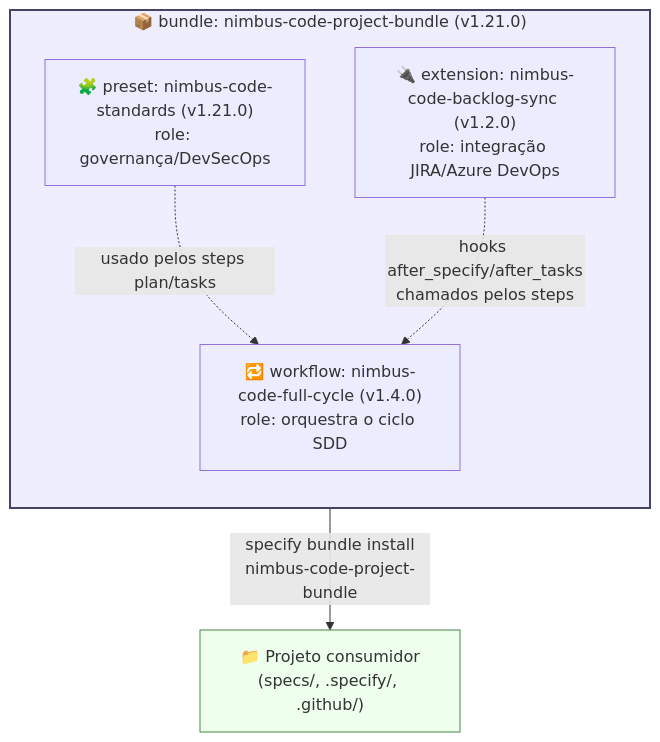
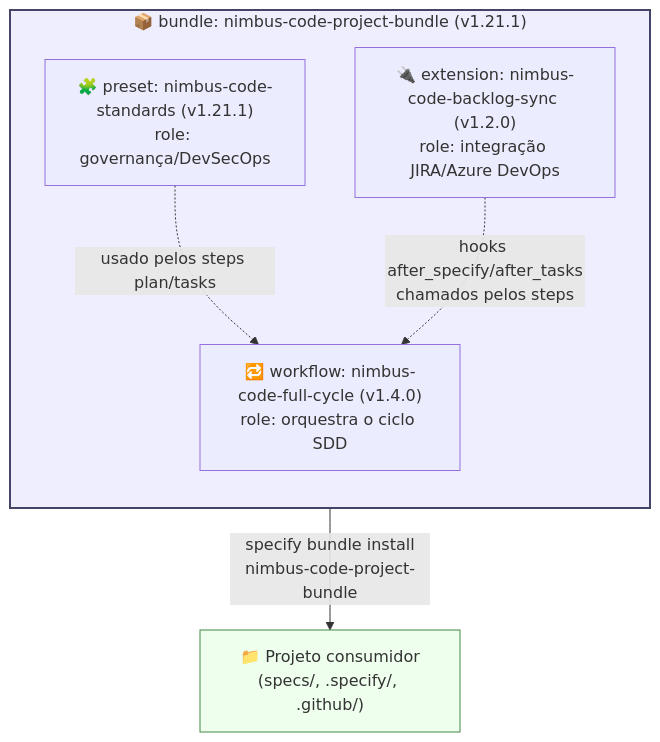
The second of 2 diagrams in README.md (lrodriguesvpn/nimbus-code), drawn with Mermaid before and after one commit. The commit also changed 8 other files, not shown here.

````diff
--- a/README.md
+++ b/README.md
@@ -163,17 +163,17 @@
 ```mermaid
 flowchart TB
-    subgraph BUNDLE["📦 bundle: nimbus-code-project-bundle (v1.21.0)"]
+    subgraph BUNDLE["📦 bundle: nimbus-code-project-bundle (v1.21.1)"]
         direction TB
-        PRESET["🧩 preset: nimbus-code-standards (v1.21.0)\nrole: governança/DevSecOps"]
+        PRESET["🧩 preset: nimbus-code-standards (v1.21.1)\nrole: governança/DevSecOps"]
         EXT["🔌 extension: nimbus-code-backlog-sync (v1.2.0)\nrole: integração JIRA/Azure DevOps"]
         WF["🔁 workflow: nimbus-code-full-cycle (v1.4.0)\nrole: orquestra o ciclo SDD"]
     end
 
     BUNDLE -->|"specify bundle install\nnimbus-code-project-bundle"| PROJ["📁 Projeto consumidor\n(specs/, .specify/, .github/)"]
 
     PRESET -. "usado pelos steps plan/tasks" .-> WF
     EXT -. "hooks after_specify/after_tasks\nchamados pelos steps" .-> WF
 
     style BUNDLE fill:#eef,stroke:#446,stroke-width:2px
     style PROJ fill:#efe,stroke:#484
 ```
````
